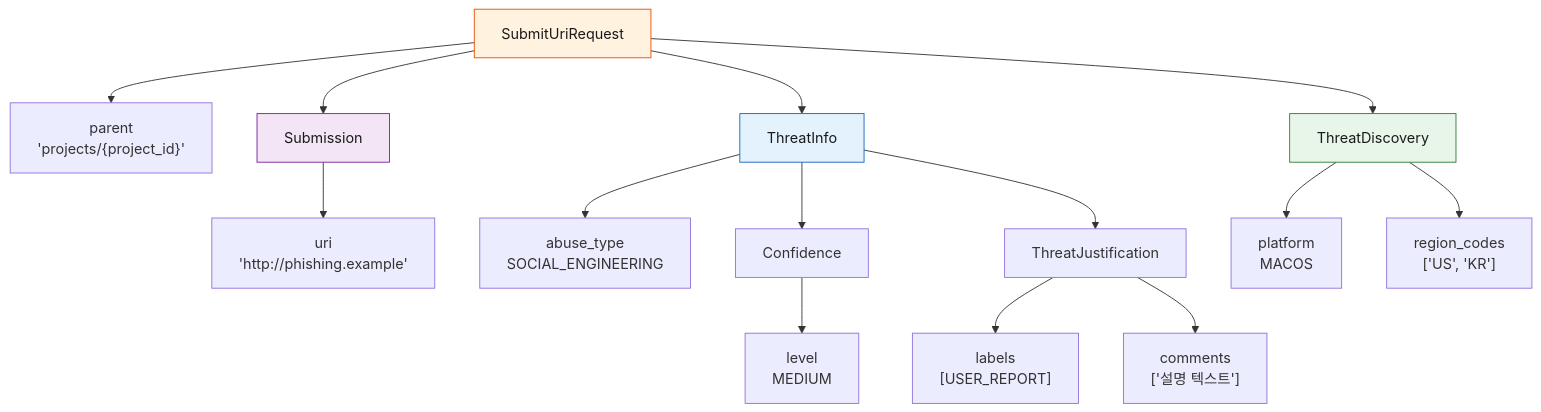
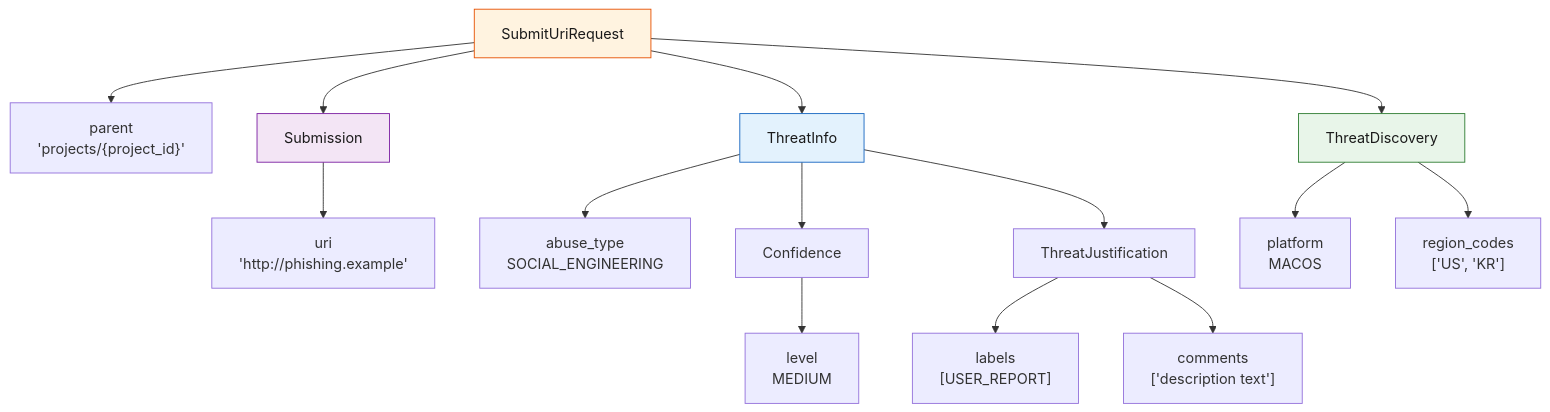
The eighth of 9 diagrams in WORKFLOW_GUIDE.md (kataroya/web-risk-cli), drawn with Mermaid before and after one commit. The commit also changed other lines of this file and 6 other files, not shown here.

````diff
--- a/WORKFLOW_GUIDE.md
+++ b/WORKFLOW_GUIDE.md
@@ -886,27 +856,27 @@
 ```mermaid
 graph TD
     REQ["SubmitUriRequest"]
     REQ --> PARENT["parent<br/>'projects/{project_id}'"]
     REQ --> SUB["Submission"]
     REQ --> TI["ThreatInfo"]
     REQ --> TD["ThreatDiscovery"]
 
     SUB --> URI["uri<br/>'http://phishing.example'"]
 
     TI --> AT["abuse_type<br/>SOCIAL_ENGINEERING"]
     TI --> TC["Confidence"]
     TI --> TJ["ThreatJustification"]
 
     TC --> CL["level<br/>MEDIUM"]
 
     TJ --> LABELS["labels<br/>[USER_REPORT]"]
-    TJ --> COMMENTS["comments<br/>['설명 텍스트']"]
+    TJ --> COMMENTS["comments<br/>['description text']"]
 
     TD --> PLAT["platform<br/>MACOS"]
     TD --> RC["region_codes<br/>['US', 'KR']"]
 
     style REQ fill:#fff3e0,stroke:#e65100,color:#1a1a1a
     style TI fill:#e3f2fd,stroke:#1565c0,color:#1a1a1a
     style TD fill:#e8f5e9,stroke:#2e7d32,color:#1a1a1a
     style SUB fill:#f3e5f5,stroke:#7b1fa2,color:#1a1a1a
 ```
````
